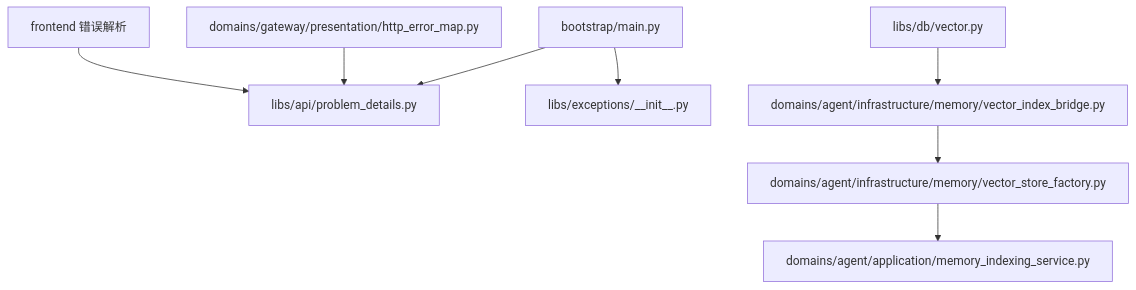
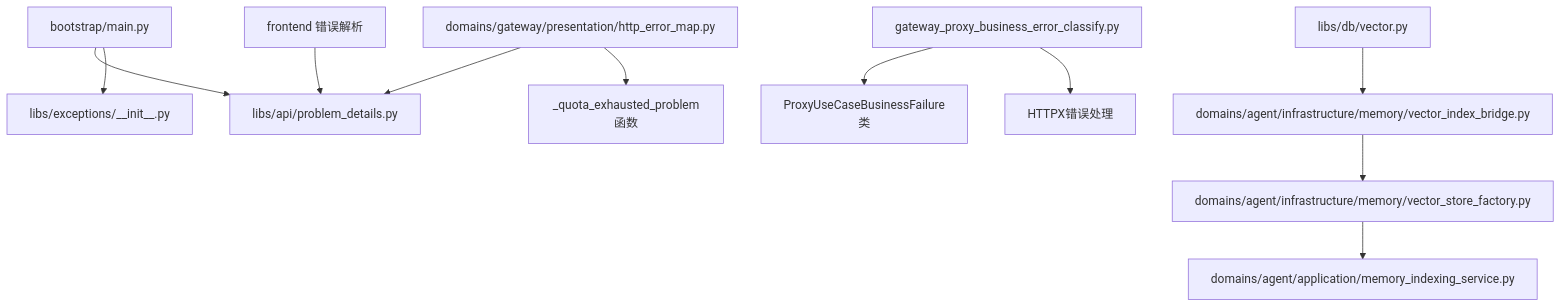
Before and after one commit to tianyehedashu/ai-agent: the ninth of 9 diagrams in .qoder/repowiki/zh/content/后端服务架构/基础设施层/异常处理机制.md, drawn with Mermaid. The commit also changed other lines of this file and 50 other files, not shown here.

````diff
--- a/.qoder/repowiki/zh/content/后端服务架构/基础设施层/异常处理机制.md
+++ b/.qoder/repowiki/zh/content/后端服务架构/基础设施层/异常处理机制.md
@@ -431,10 +616,13 @@
 ```mermaid
 graph TB
 BE["bootstrap/main.py"] --> PD["libs/api/problem_details.py"]
 BE --> EX["libs/exceptions/__init__.py"]
 GW["domains/gateway/presentation/http_error_map.py"] --> PD
+GW --> QE["_quota_exhausted_problem函数"]
+Biz["gateway_proxy_business_error_classify.py"] --> PBF["ProxyUseCaseBusinessFailure类"]
+Biz --> HTTPX["HTTPX错误处理"]
 VD["libs/db/vector.py"] --> VIB["domains/agent/infrastructure/memory/vector_index_bridge.py"]
 VIB --> VSF["domains/agent/infrastructure/memory/vector_store_factory.py"]
 VSF --> MIS["domains/agent/application/memory_indexing_service.py"]
 FE["frontend 错误解析"] --> PD
 ```
````
